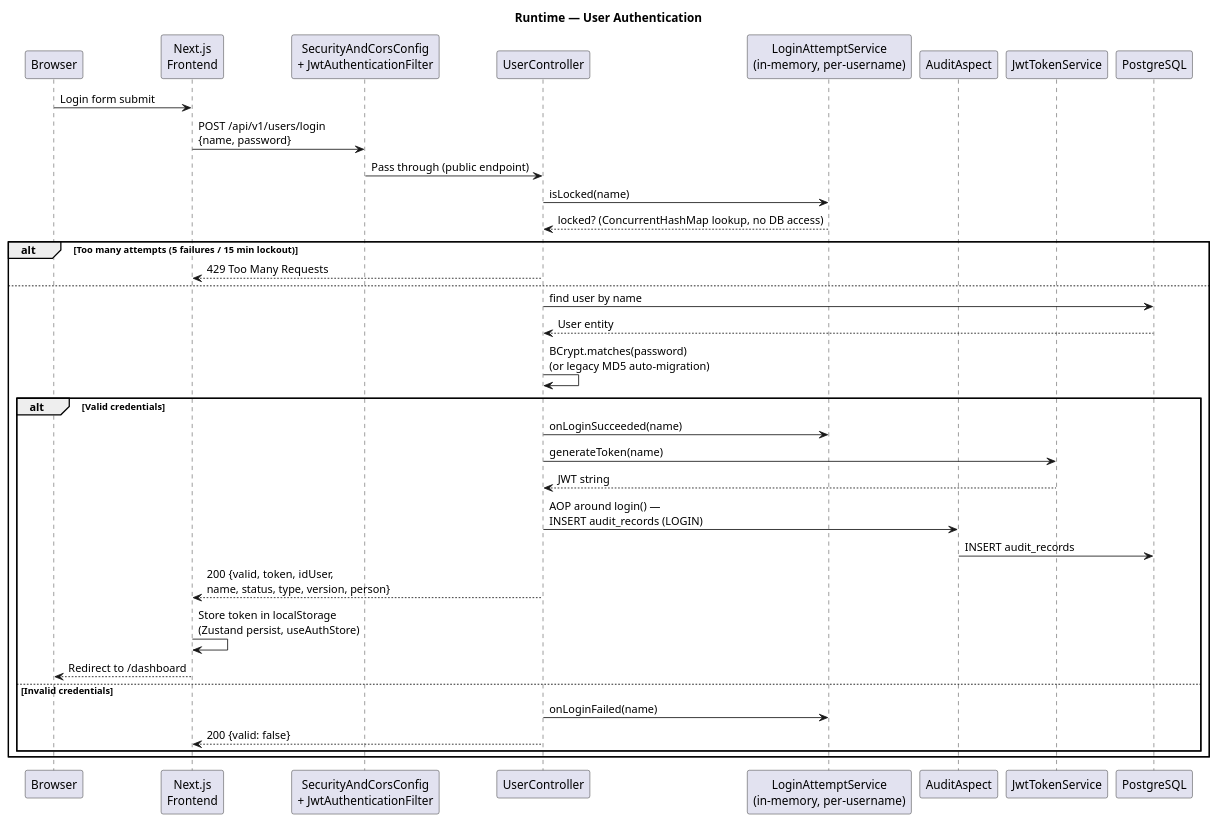
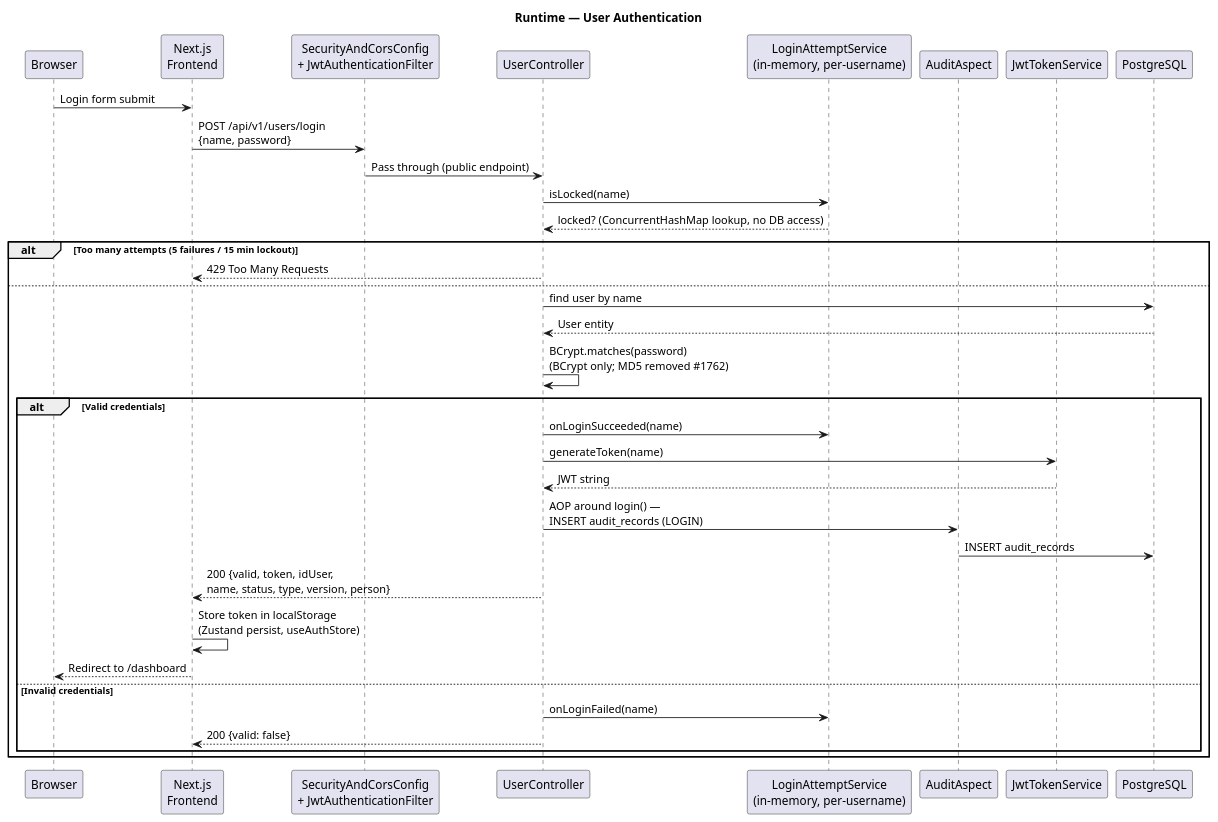
The eighth of 13 diagrams in docs/200-architecture/201-SAD/sad.md (matiaspakua/notaire), drawn with PlantUML before and after one commit. The commit also changed 9 other files, not shown here.

First line of the commit message:
fix(security): remove legacy MD5 password verification (#1762)

````diff
--- a/docs/200-architecture/201-SAD/sad.md
+++ b/docs/200-architecture/201-SAD/sad.md
@@ -551,40 +551,40 @@
 ```plantuml
 @startuml
 title Runtime — User Authentication
 
 participant "Browser" as B
 participant "Next.js\nFrontend" as FE
 participant "SecurityAndCorsConfig\n+ JwtAuthenticationFilter" as Sec
 participant "UserController" as Ctrl
 participant "LoginAttemptService\n(in-memory, per-username)" as Login
 participant "AuditAspect" as Audit
 participant "JwtTokenService" as JWT
 participant "PostgreSQL" as DB
 
 B -> FE : Login form submit
 FE -> Sec : POST /api/v1/users/login\n{name, password}
 Sec -> Ctrl : Pass through (public endpoint)
 Ctrl -> Login : isLocked(name)
 Login --> Ctrl : locked? (ConcurrentHashMap lookup, no DB access)
 alt Too many attempts (5 failures / 15 min lockout)
   Ctrl --> FE : 429 Too Many Requests
 else
   Ctrl -> DB : find user by name
   DB --> Ctrl : User entity
-  Ctrl -> Ctrl : BCrypt.matches(password)\n(or legacy MD5 auto-migration)
+  Ctrl -> Ctrl : BCrypt.matches(password)\n(BCrypt only; MD5 removed #1762)
   alt Valid credentials
     Ctrl -> Login : onLoginSucceeded(name)
     Ctrl -> JWT : generateToken(name)
     JWT --> Ctrl : JWT string
     Ctrl -> Audit : AOP around login() —\nINSERT audit_records (LOGIN)
     Audit -> DB : INSERT audit_records
     Ctrl --> FE : 200 {valid, token, idUser,\nname, status, type, version, person}
     FE -> FE : Store token in localStorage\n(Zustand persist, useAuthStore)
     FE --> B : Redirect to /dashboard
   else Invalid credentials
     Ctrl -> Login : onLoginFailed(name)
     Ctrl --> FE : 200 {valid: false}
   end
 end
 @enduml
 ```
````
